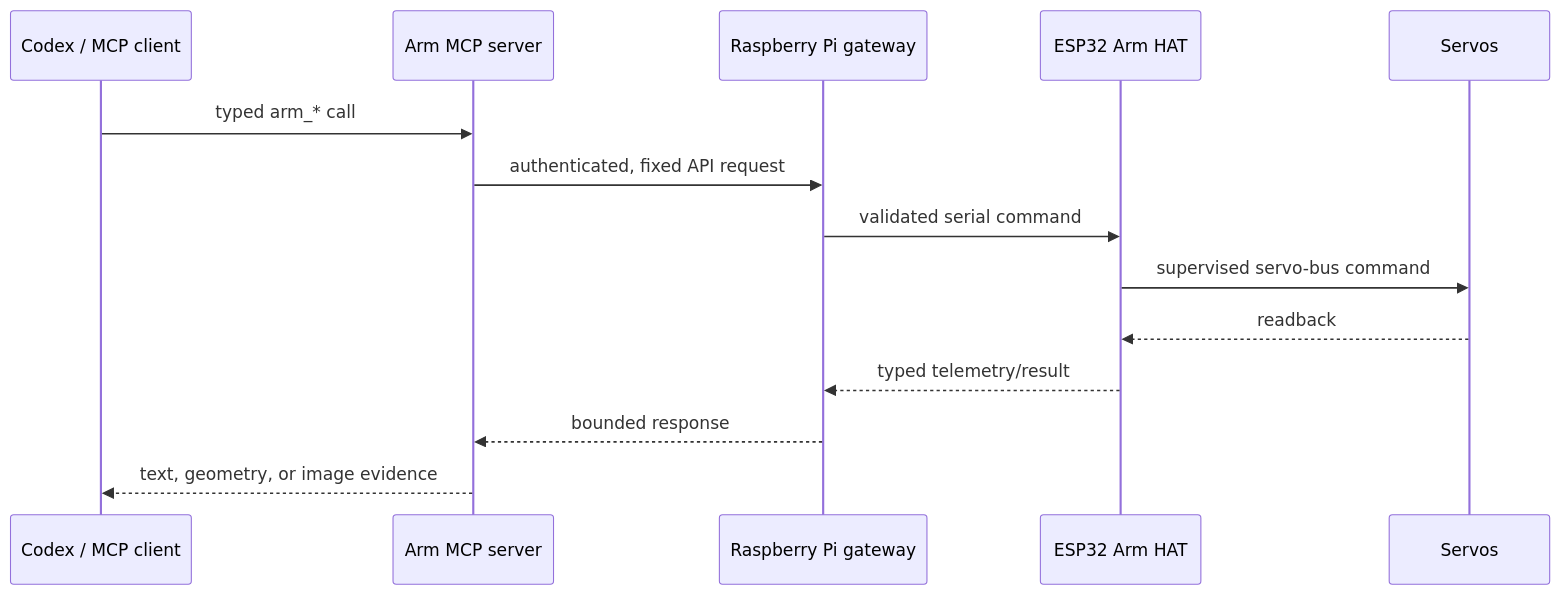
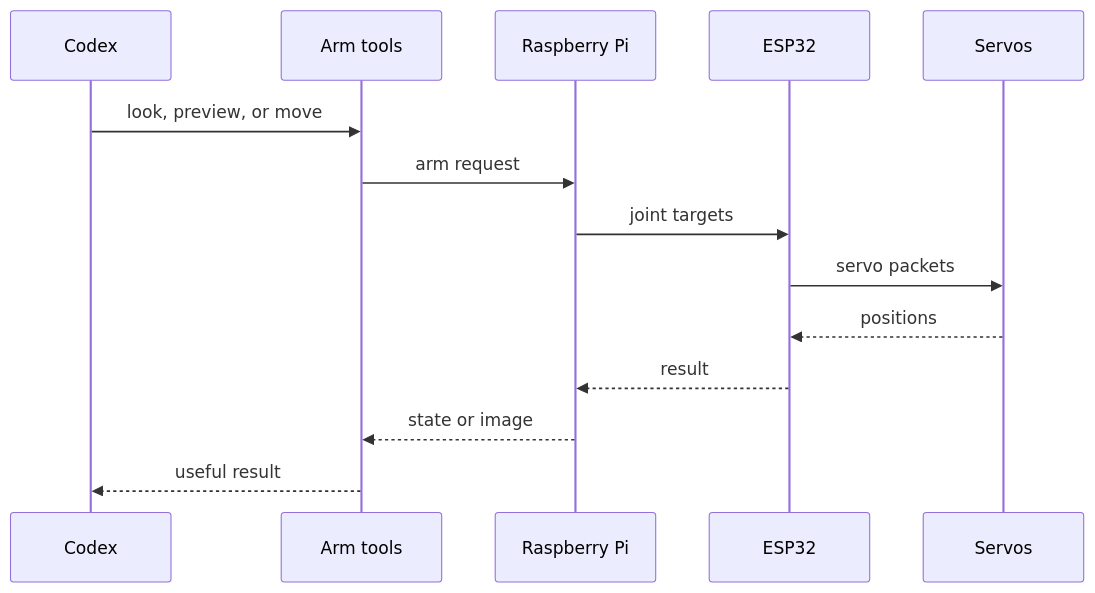
The diagram in docs/CODEX_INTEGRATION.md (over-TT/co-arm), drawn with Mermaid before and after one commit. The commit also changed other lines of this file and 204 other files, not shown here.

````diff
--- a/docs/CODEX_INTEGRATION.md
+++ b/docs/CODEX_INTEGRATION.md
@@ -14,16 +7,16 @@
 ```mermaid
 sequenceDiagram
-    participant A as Codex / MCP client
-    participant M as Arm MCP server
-    participant P as Raspberry Pi gateway
-    participant H as ESP32 Arm HAT
+    participant A as Codex
+    participant M as Arm tools
+    participant P as Raspberry Pi
+    participant H as ESP32
     participant S as Servos
-    A->>M: typed arm_* call
-    M->>P: authenticated, fixed API request
-    P->>H: validated serial command
-    H->>S: supervised servo-bus command
-    S-->>H: readback
-    H-->>P: typed telemetry/result
-    P-->>M: bounded response
-    M-->>A: text, geometry, or image evidence
+    A->>M: look, preview, or move
+    M->>P: arm request
+    P->>H: joint targets
+    H->>S: servo packets
+    S-->>H: positions
+    H-->>P: result
+    P-->>M: state or image
+    M-->>A: useful result
 ```
````
